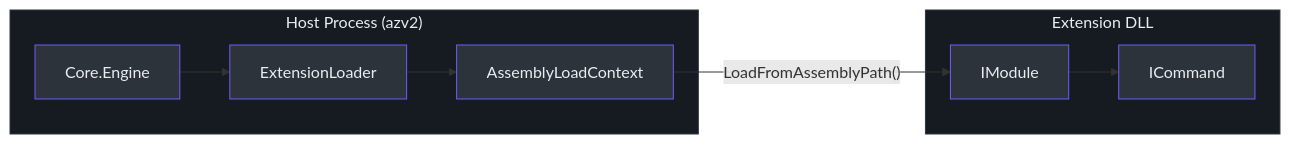
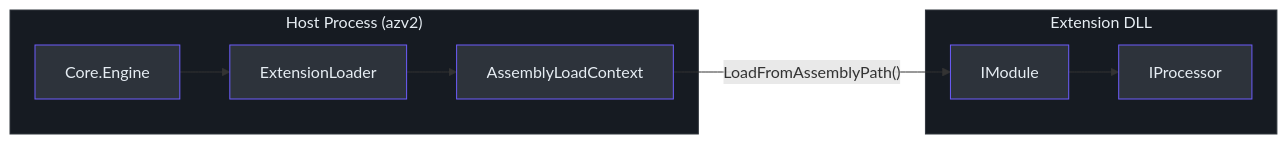
One commit to Azure/azclips changed the first of 4 diagrams in wiki/zero-to-hero-guide.md. Above: the diagram before and after it, drawn with Mermaid. The commit also changed other lines of this file and 35 other files, not shown here.

````diff
--- a/wiki/zero-to-hero-guide.md
+++ b/wiki/zero-to-hero-guide.md
@@ -162,18 +162,18 @@
 ```mermaid
 graph LR
   subgraph Host["Host Process (azv2)"]
     style Host fill:#161b22,stroke:#30363d,color:#e6edf3
     A["Core.Engine"] --> B["ExtensionLoader"]
     B --> C["AssemblyLoadContext"]
   end
   subgraph Ext["Extension DLL"]
     style Ext fill:#161b22,stroke:#30363d,color:#e6edf3
-    D["IModule"] --> E["ICommand"]
+    D["IModule"] --> E["IProcessor"]
   end
   C -->|"LoadFromAssemblyPath()"| D
   style A fill:#2d333b,stroke:#6d5dfc,color:#e6edf3
   style B fill:#2d333b,stroke:#6d5dfc,color:#e6edf3
   style C fill:#2d333b,stroke:#6d5dfc,color:#e6edf3
   style D fill:#2d333b,stroke:#6d5dfc,color:#e6edf3
   style E fill:#2d333b,stroke:#6d5dfc,color:#e6edf3
 ```
````
